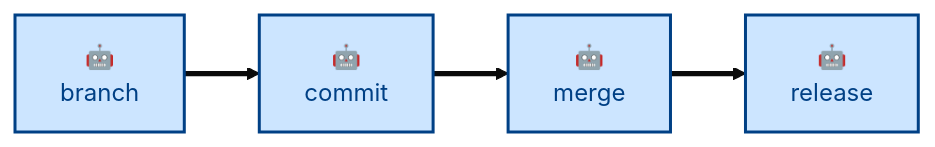
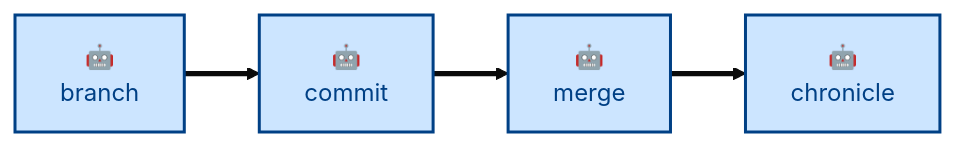
Before and after one commit to kieranpotts/skills: the diagram in skills/commit/README.md, drawn with Mermaid (base theme). The commit also changed other lines of this file and 75 other files, not shown here.

````diff
--- a/skills/commit/README.md
+++ b/skills/commit/README.md
@@ -49,18 +52,18 @@
 ```mermaid
 flowchart LR
   %% Node labels and classes.
   branch["🤖<br/>branch"]:::agentic
   commit["🤖<br/>commit"]:::agentic
   merge["🤖<br/>merge"]:::agentic
-  release["🤖<br/>release"]:::agentic
+  chronicle["🤖<br/>chronicle"]:::agentic
 
   %% Main workflow sequence.
   branch ==> commit
   commit ==> merge
-  merge ==> release
+  merge ==> chronicle
 
   %% Class definitions.
   classDef agentic fill:#cce5ff,stroke:#004085,color:#004085,stroke-width:2px
   classDef scripted fill:#e2e3e5,stroke:#4b5157,color:#383d41,stroke-width:2px
   classDef anthropic fill:#fff3cd,stroke:#856404,color:#856404,stroke-width:1px,stroke-dasharray:2 3
 ```
````
